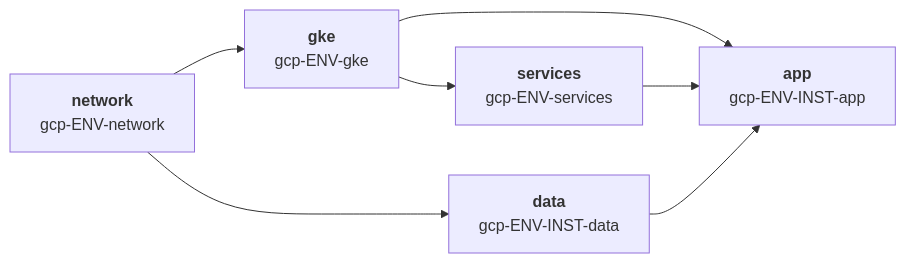
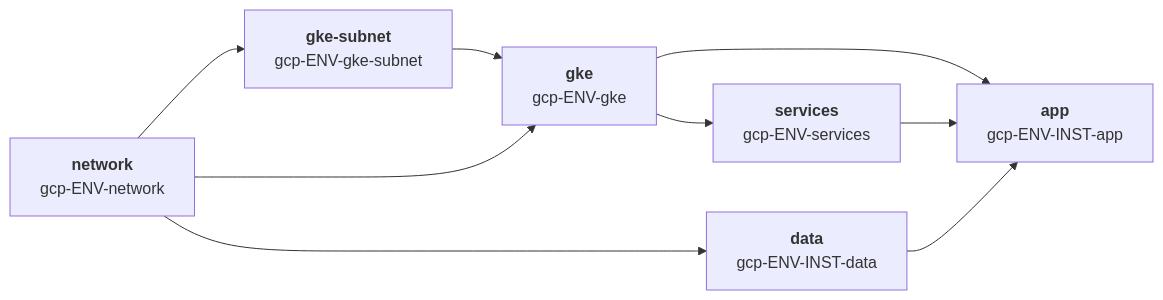
The third of 11 diagrams in docs/en/terramate-outputs-sharing-architecture.md (aescanero/proposal_documents), drawn with Mermaid before and after one commit. The commit also changed other lines of this file and 27 other files, not shown here.

````diff
--- a/docs/en/terramate-outputs-sharing-architecture.md
+++ b/docs/en/terramate-outputs-sharing-architecture.md
@@ -707,9 +705,10 @@
 ```mermaid
 graph LR
-    NET["<b>network</b><br/>gcp-ENV-network"] --> GKE["<b>gke</b><br/>gcp-ENV-gke"]
+    NET["<b>network</b><br/>gcp-ENV-network"] --> SUB["<b>gke-subnet</b><br/>gcp-ENV-gke-subnet"] --> GKE["<b>gke</b><br/>gcp-ENV-gke"]
+    NET --> GKE
     GKE --> SVC["<b>services</b><br/>gcp-ENV-services"]
     NET --> DATA["<b>data</b><br/>gcp-ENV-INST-data"]
     GKE --> APP["<b>app</b><br/>gcp-ENV-INST-app"]
     SVC --> APP
     DATA --> APP
 ```
````
